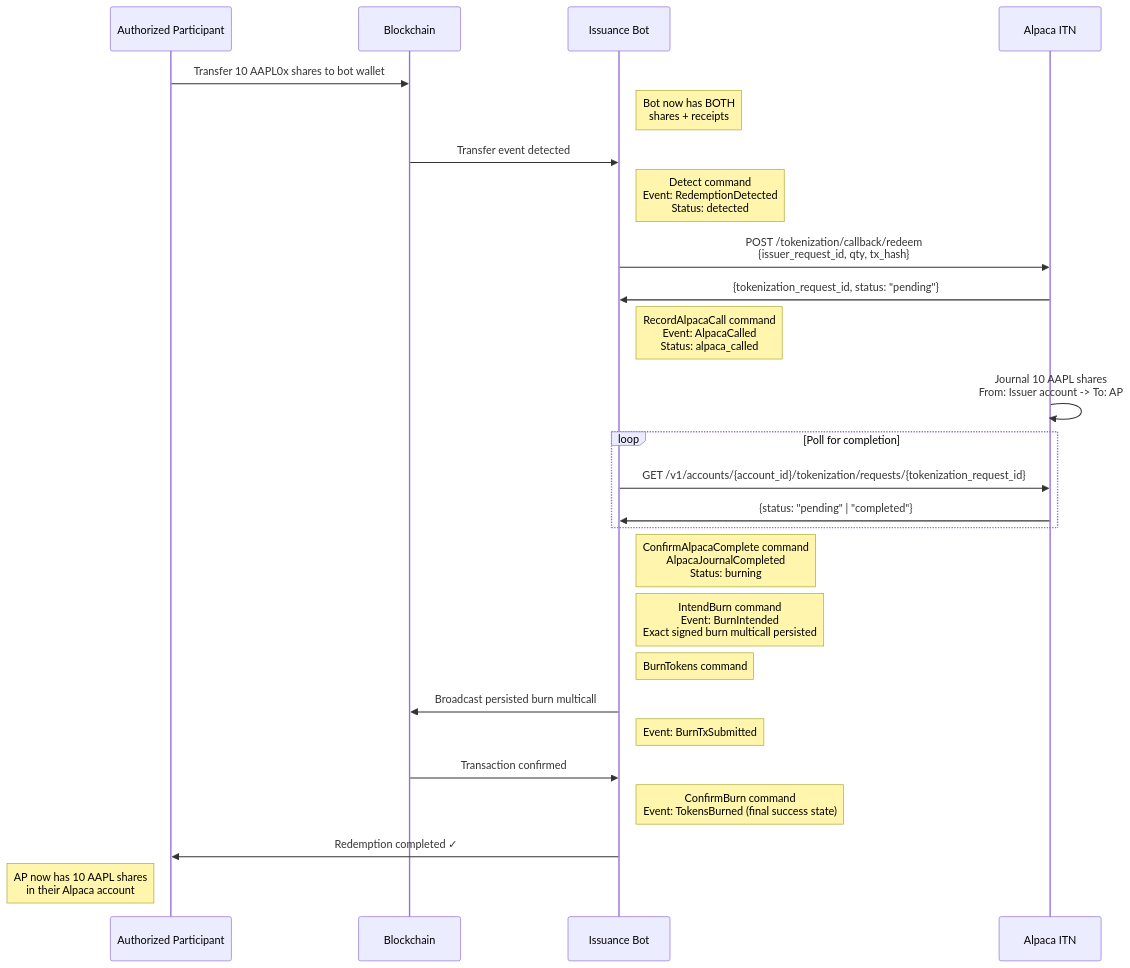
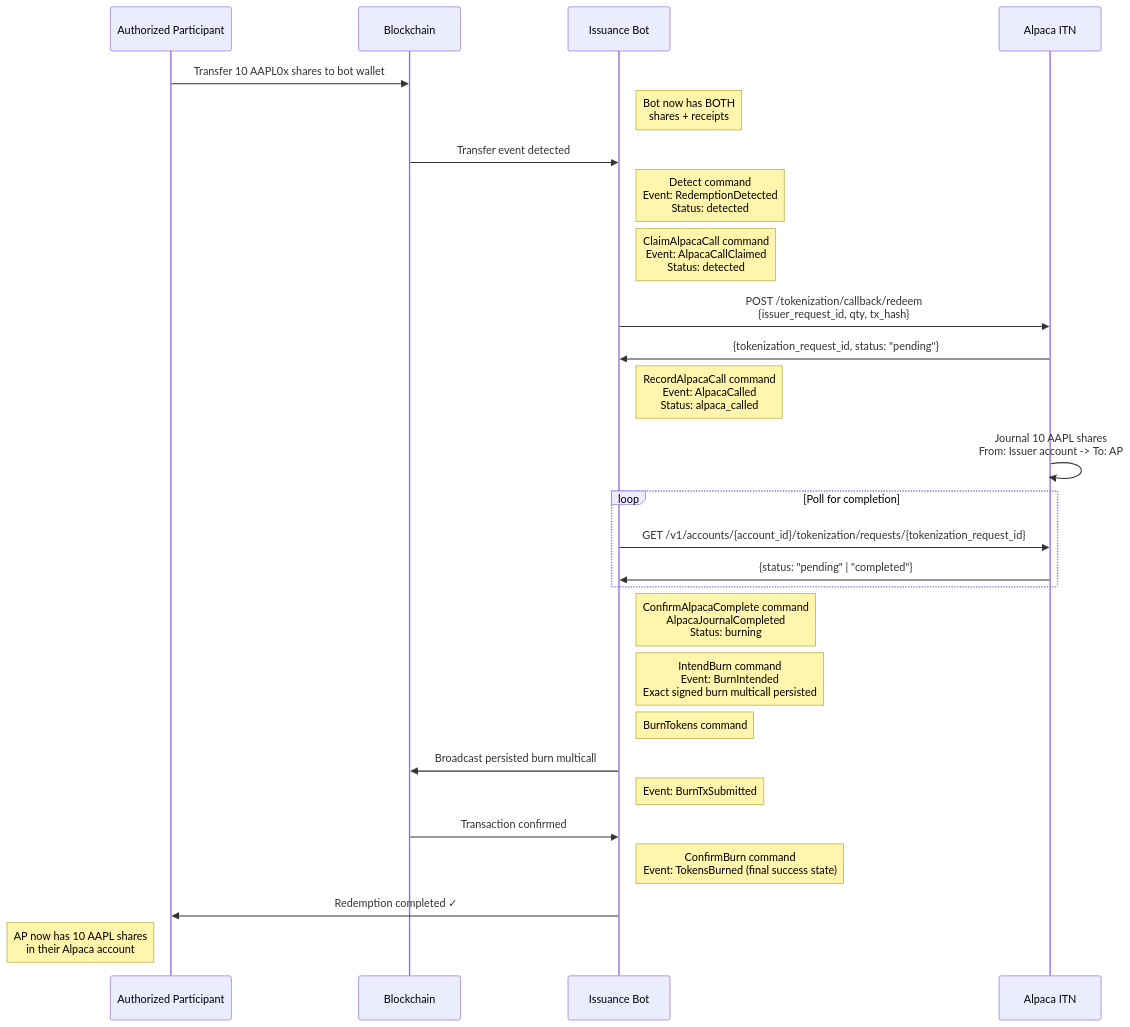
Before and after one commit to ST0x-Technology/st0x.issuance: the seventh of 9 diagrams in SPEC.md, drawn with Mermaid. The commit also changed other lines of this file and 13 other files, not shown here.

Commit message:
feat: hold frozen-asset redemptions before the Alpaca redeem call

````diff
--- a/SPEC.md
+++ b/SPEC.md
@@ -3696,35 +3735,36 @@
 ```mermaid
 sequenceDiagram
     participant AP as Authorized Participant
     participant Blockchain as Blockchain
     participant Us as Issuance Bot
     participant Alpaca as Alpaca ITN
 
     AP->>Blockchain: Transfer 10 AAPL0x shares to bot wallet
     Note right of Us: Bot now has BOTH<br/>shares + receipts
     Blockchain->>Us: Transfer event detected
     Note right of Us: Detect command<br/>Event: RedemptionDetected<br/>Status: detected
 
+    Note right of Us: ClaimAlpacaCall command<br/>Event: AlpacaCallClaimed<br/>Status: detected
     Us->>Alpaca: POST /tokenization/callback/redeem<br/>{issuer_request_id, qty, tx_hash}
     Alpaca->>Us: {tokenization_request_id, status: "pending"}
     Note right of Us: RecordAlpacaCall command<br/>Event: AlpacaCalled<br/>Status: alpaca_called
 
     Alpaca->>Alpaca: Journal 10 AAPL shares<br/>From: Issuer account -> To: AP
 
     loop Poll for completion
         Us->>Alpaca: GET /v1/accounts/{account_id}/tokenization/requests/{tokenization_request_id}
         Alpaca->>Us: {status: "pending" | "completed"}
     end
 
     Note right of Us: ConfirmAlpacaComplete command<br/>AlpacaJournalCompleted<br/>Status: burning
 
     Note right of Us: IntendBurn command<br/>Event: BurnIntended<br/>Exact signed burn multicall persisted
     Note right of Us: BurnTokens command
     Us->>Blockchain: Broadcast persisted burn multicall
     Note right of Us: Event: BurnTxSubmitted
     Blockchain->>Us: Transaction confirmed
     Note right of Us: ConfirmBurn command<br/>Event: TokensBurned (final success state)
 
     Us->>AP: Redemption completed ✓
     Note left of AP: AP now has 10 AAPL shares<br/>in their Alpaca account
 ```
````
